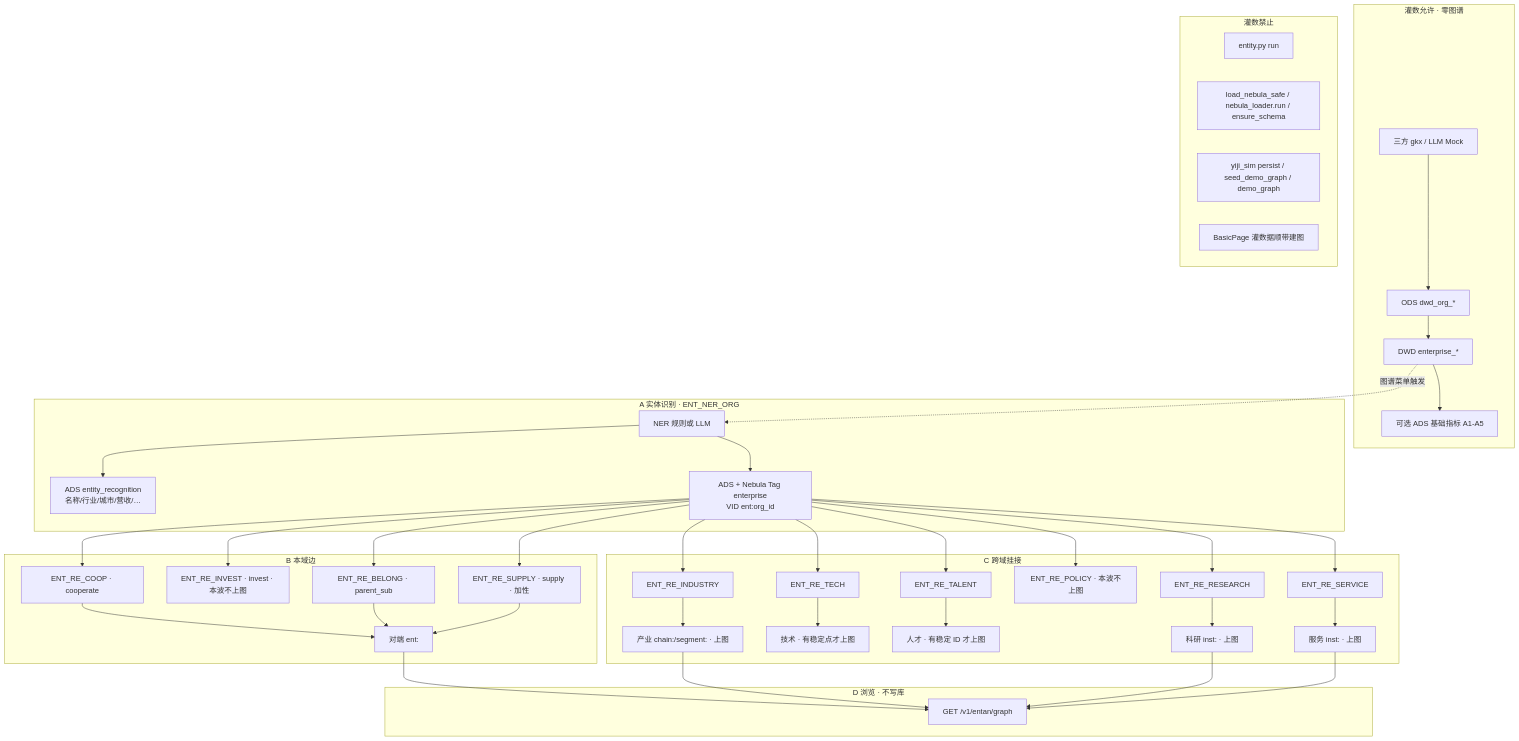
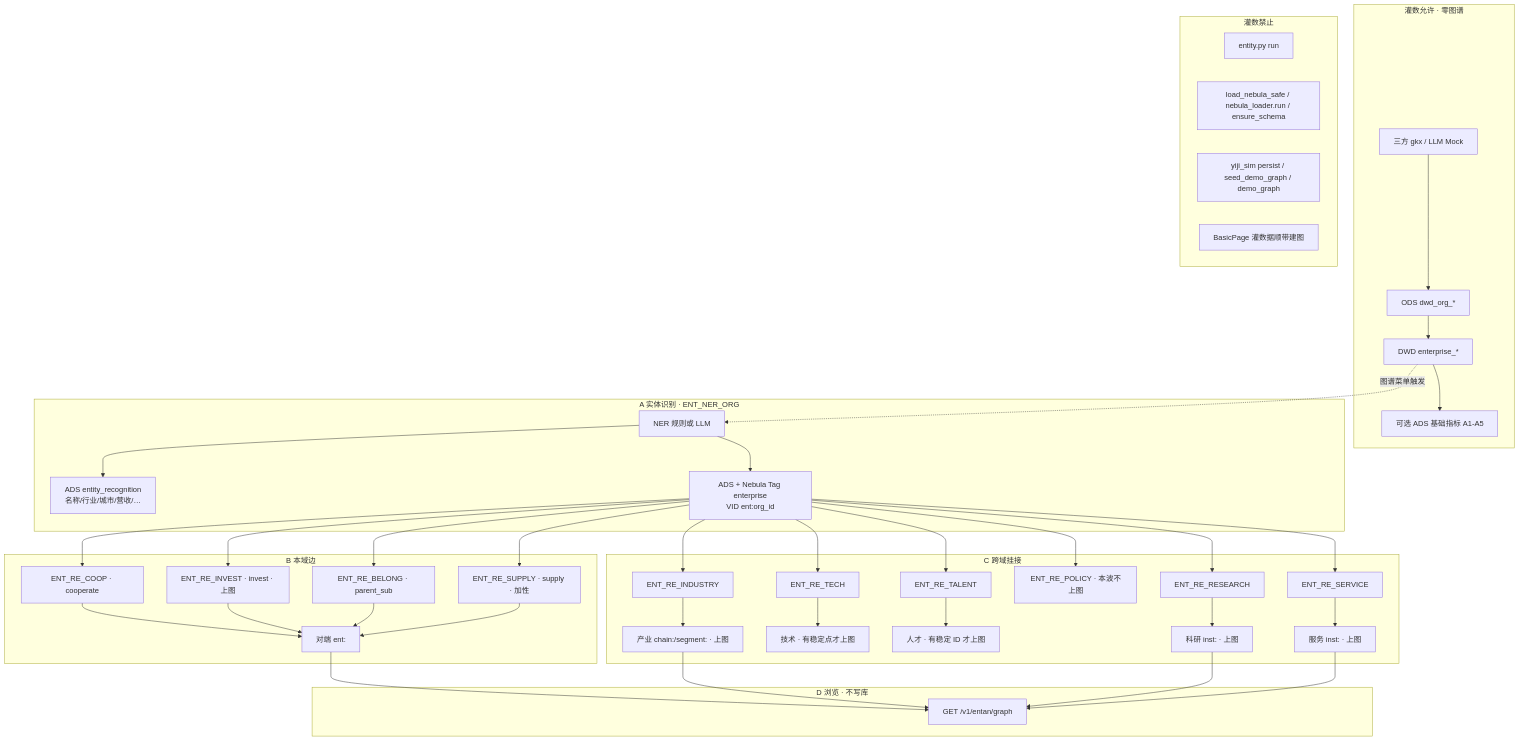
Before and after one commit to Marisolebxf/-: diagram 15 of 15 in agent-delivery/data/data-design/storage/ENT/etl/pipeline-to-nebula.md, drawn with Mermaid. The commit also changed other lines of this file and 1 other file, not shown here.

First line of the commit message:
docs(ent): GRAPH-TRIPLE 步1 按六条审核+demo链收口 [agent:data-agent]

````diff
--- a/agent-delivery/data/data-design/storage/ENT/etl/pipeline-to-nebula.md
+++ b/agent-delivery/data/data-design/storage/ENT/etl/pipeline-to-nebula.md
@@ -692,52 +713,53 @@
 ```mermaid
 flowchart TB
   subgraph ingestAllowed [灌数允许 · 零图谱]
     SRC["三方 gkx / LLM Mock"] --> ODS["ODS dwd_org_*"]
     ODS --> DWD["DWD enterprise_*"]
     DWD --> BASIC["可选 ADS 基础指标 A1-A5"]
   end
 
   subgraph menuA [A 实体识别 · ENT_NER_ORG]
     DWD -.->|图谱菜单触发| NER["NER 规则或 LLM"]
     NER --> ENT["ADS entity_recognition<br/>名称/行业/城市/营收/…"]
     NER --> PN["ADS + Nebula Tag enterprise<br/>VID ent:org_id"]
   end
 
   subgraph menuB [B 本域边]
     PN --> COOP["ENT_RE_COOP · cooperate"]
-    PN --> INV["ENT_RE_INVEST · invest · 本波不上图"]
+    PN --> INV["ENT_RE_INVEST · invest · 上图"]
     PN --> BEL["ENT_RE_BELONG · parent_sub"]
     PN --> SUP["ENT_RE_SUPPLY · supply · 加性"]
     COOP --> PEER["对端 ent:"]
+    INV --> PEER
     BEL --> PEER
     SUP --> PEER
   end
 
   subgraph menuC [C 跨域挂接]
     PN --> IND["ENT_RE_INDUSTRY"]
     PN --> TECH["ENT_RE_TECH"]
     PN --> TAL["ENT_RE_TALENT"]
     PN --> POL["ENT_RE_POLICY · 本波不上图"]
     PN --> RES["ENT_RE_RESEARCH"]
     PN --> SVC["ENT_RE_SERVICE"]
     IND --> CHAIN["产业 chain:/segment: · 上图"]
     TECH --> TNODE["技术 · 有稳定点才上图"]
     TAL --> TNODE2["人才 · 有稳定 ID 才上图"]
     RES --> INST["科研 inst: · 上图"]
     SVC --> INST2["服务 inst: · 上图"]
   end
 
   subgraph menuD [D 浏览 · 不写库]
     PEER --> GET["GET /v1/entan/graph"]
     CHAIN --> GET
     INST --> GET
     INST2 --> GET
   end
 
   subgraph forbidden [灌数禁止]
     X1["entity.py run"]
     X2["load_nebula_safe / nebula_loader.run / ensure_schema"]
     X3["yiji_sim persist / seed_demo_graph / demo_graph"]
     X4["BasicPage 灌数据顺带建图"]
   end
 ```
````
